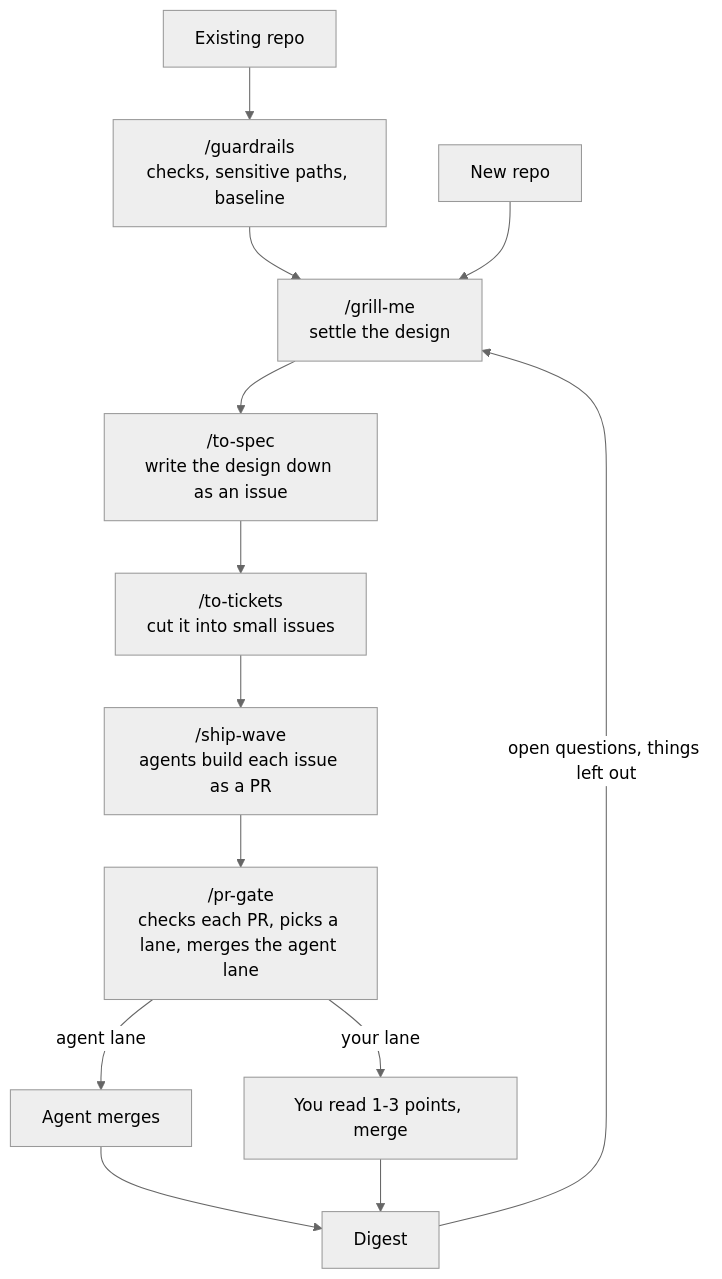
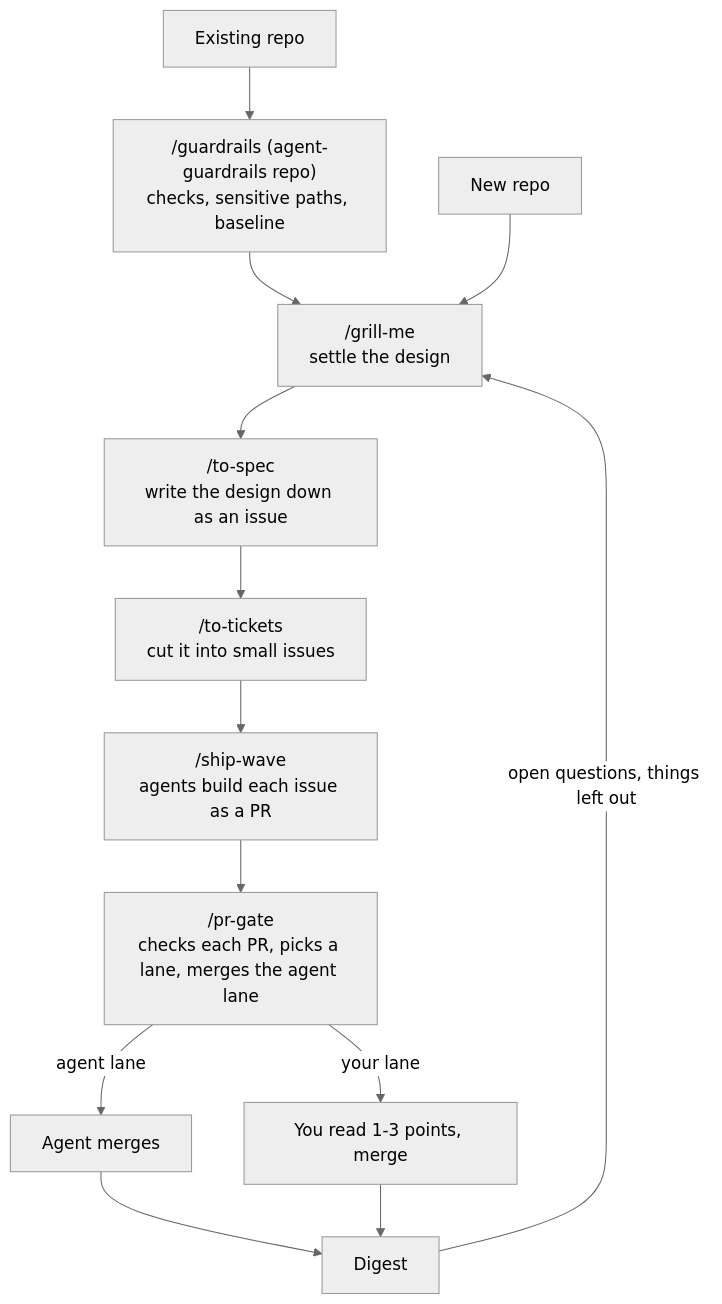
One commit to freshmick/agent-skills changed the diagram in README.md. Above: the diagram before and after it, drawn with Mermaid (neutral theme). The commit also changed other lines of this file, not shown here.

Commit message:
README: say guardrails is a separate repo and how to install it

````diff
--- a/README.md
+++ b/README.md
@@ -26,15 +28,15 @@
 ```mermaid
 flowchart TD
-    X[Existing repo] --> G0["/guardrails<br/>checks, sensitive paths, baseline"]
+    X[Existing repo] --> G0["/guardrails (agent-guardrails repo)<br/>checks, sensitive paths, baseline"]
     G0 --> A
     N[New repo] --> A["/grill-me<br/>settle the design"]
     A --> S["/to-spec<br/>write the design down as an issue"]
     S --> B["/to-tickets<br/>cut it into small issues"]
     B --> C["/ship-wave<br/>agents build each issue as a PR"]
     C --> D["/pr-gate<br/>checks each PR, picks a lane, merges the agent lane"]
     D -->|agent lane| E[Agent merges]
     D -->|your lane| F[You read 1-3 points, merge]
     E --> G[Digest]
     F --> G
     G -->|open questions, things left out| A
 ```
````
